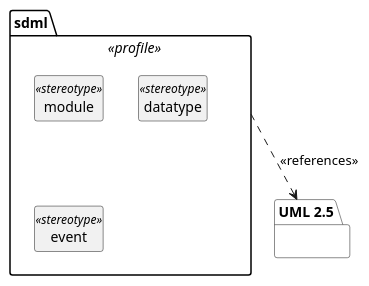
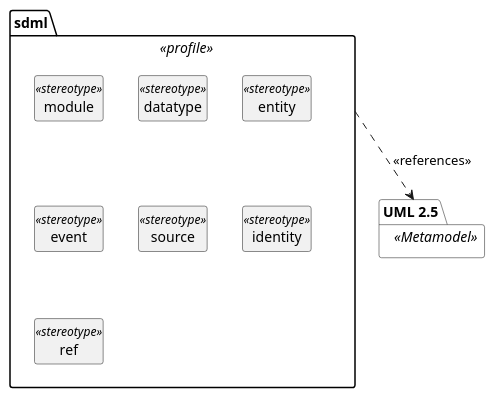
The first of 13 diagrams in docs/uml-profile.org (sdm-lang/tree-sitter-sdml), drawn with PlantUML before and after one commit. The commit also changed other lines of this file and 17 other files, not shown here.

```diff
--- a/docs/uml-profile.org
+++ b/docs/uml-profile.org
@@ -14,15 +14,20 @@
 #+BEGIN_SRC plantuml :file uml-profile-package.svg
+skinparam backgroundColor transparent
 hide circle
 hide members
 
-package "UML 2.5" as uml #white {
+package "UML 2.5" as uml <<Metamodel>> #white {
 }
 
 package sdml <<profile>> {
   class module <<stereotype>> {}
   class datatype <<stereotype>> {}
+  class entity <<stereotype>> {}
   class event <<stereotype>> {}
+  class source <<stereotype>> {}
+  class identity <<stereotype>> {}
+  class ref <<stereotype>> {}
 }
 
 sdml ..> uml: <<references>>
 #+END_SRC
```
